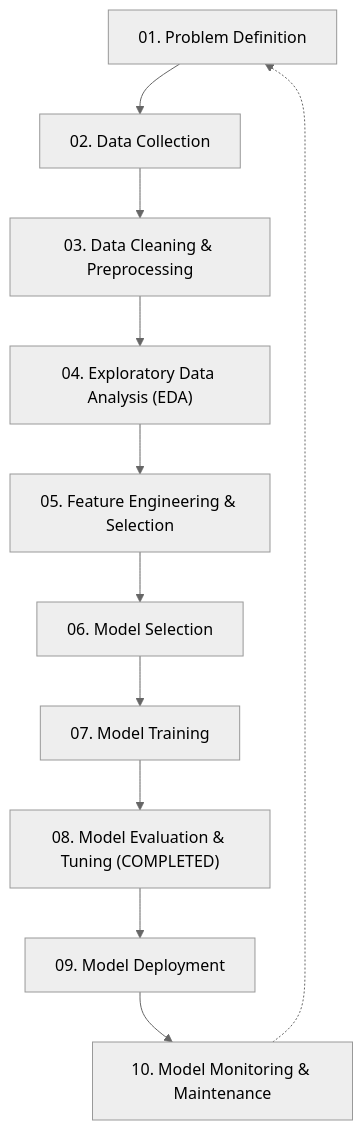
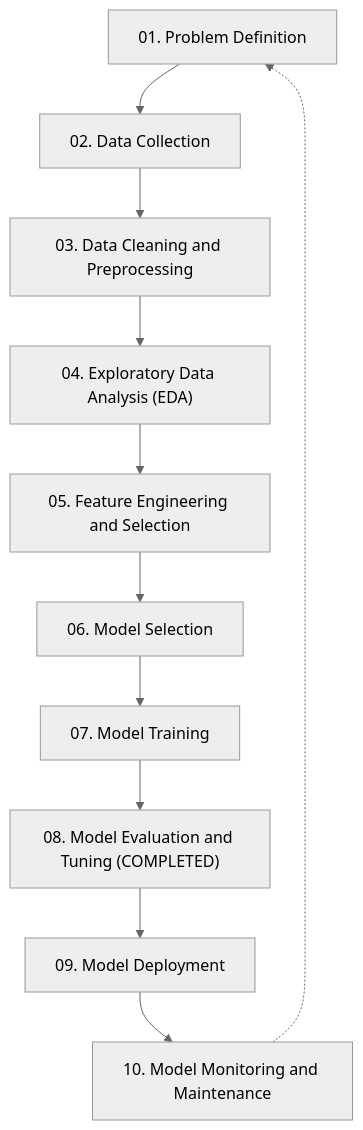
One commit to AnimeshBasak-14/SmartHVAC changed the diagram in docs/ml_lifecycle/README.md. Above: the diagram before and after it, drawn with Mermaid (neutral theme). The commit also changed other lines of this file and 51 other files, not shown here.

````diff
--- a/docs/ml_lifecycle/README.md
+++ b/docs/ml_lifecycle/README.md
@@ -5,13 +5,13 @@
 ```mermaid
 flowchart TD
     S01["01. Problem Definition"] --> S02["02. Data Collection"]
-    S02 --> S03["03. Data Cleaning & Preprocessing"]
+    S02 --> S03["03. Data Cleaning and Preprocessing"]
     S03 --> S04["04. Exploratory Data Analysis (EDA)"]
-    S04 --> S05["05. Feature Engineering & Selection"]
+    S04 --> S05["05. Feature Engineering and Selection"]
     S05 --> S06["06. Model Selection"]
     S06 --> S07["07. Model Training"]
-    S07 --> S08["08. Model Evaluation & Tuning (COMPLETED)"]
+    S07 --> S08["08. Model Evaluation and Tuning (COMPLETED)"]
     S08 --> S09["09. Model Deployment"]
-    S09 --> S10["10. Model Monitoring & Maintenance"]
+    S09 --> S10["10. Model Monitoring and Maintenance"]
     S10 -.-> S01
 ```
````
